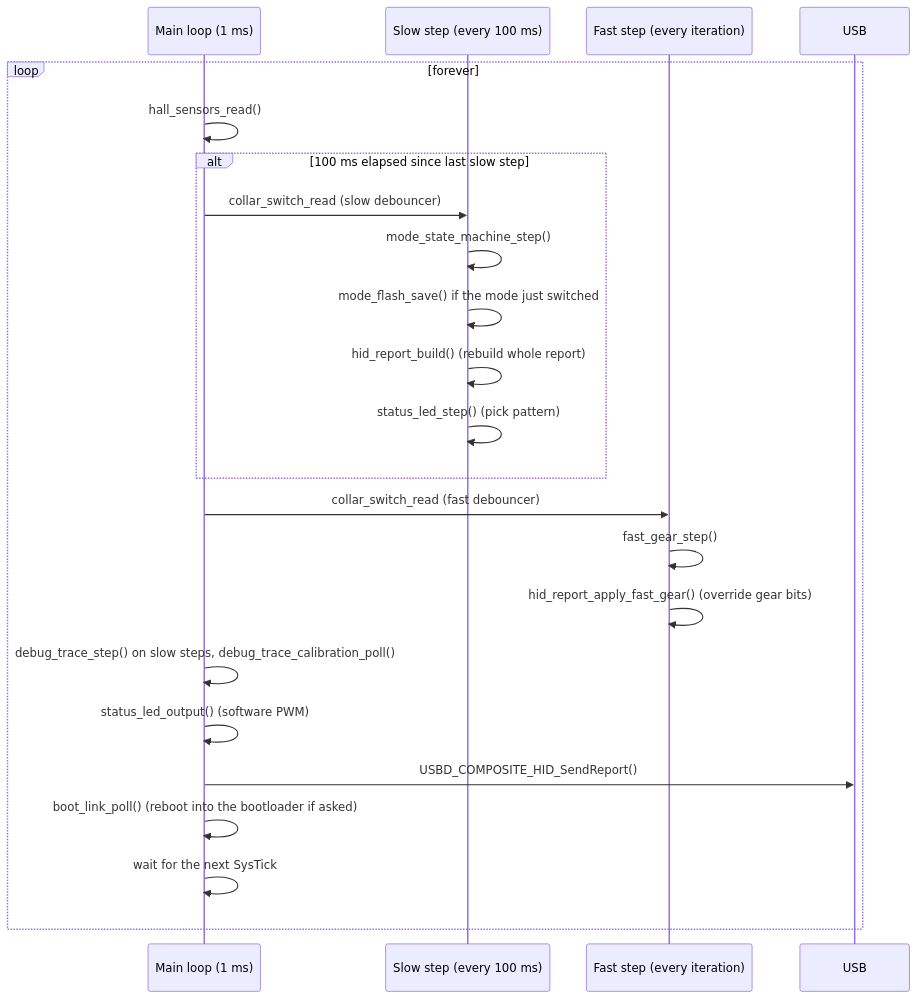
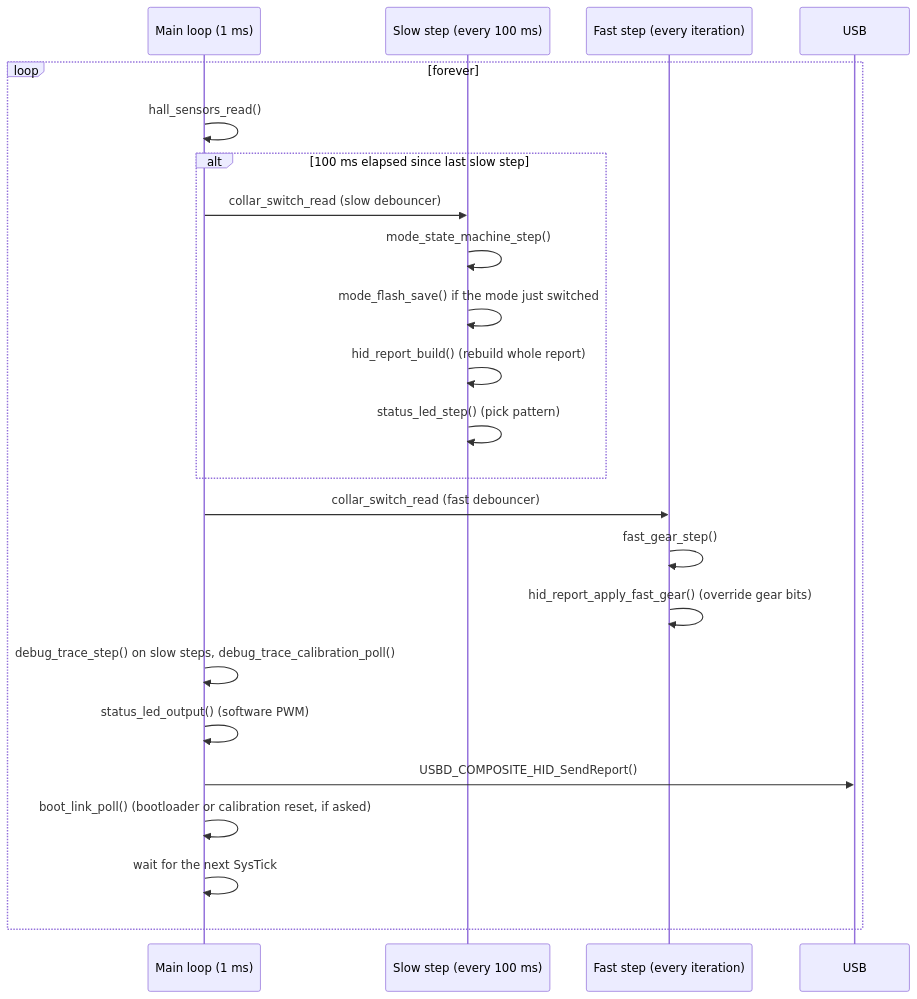
Before and after one commit to Klakinoumi/ShifterNoumi: the second of 2 diagrams in docs/architecture.md, drawn with Mermaid. The commit also changed other lines of this file and 19 other files, not shown here.

````diff
--- a/docs/architecture.md
+++ b/docs/architecture.md
@@ -123,26 +126,26 @@
 ```mermaid
 sequenceDiagram
     participant L as Main loop (1 ms)
     participant S as Slow step (every 100 ms)
     participant F as Fast step (every iteration)
     participant U as USB
 
     loop forever
         L->>L: hall_sensors_read()
         alt 100 ms elapsed since last slow step
             L->>S: collar_switch_read (slow debouncer)
             S->>S: mode_state_machine_step()
             S->>S: mode_flash_save() if the mode just switched
             S->>S: hid_report_build()  (rebuild whole report)
             S->>S: status_led_step()  (pick pattern)
         end
         L->>F: collar_switch_read (fast debouncer)
         F->>F: fast_gear_step()
         F->>F: hid_report_apply_fast_gear()  (override gear bits)
         L->>L: debug_trace_step() on slow steps, debug_trace_calibration_poll()
         L->>L: status_led_output()  (software PWM)
         L->>U: USBD_COMPOSITE_HID_SendReport()
-        L->>L: boot_link_poll()  (reboot into the bootloader if asked)
+        L->>L: boot_link_poll()  (bootloader or calibration reset, if asked)
         L->>L: wait for the next SysTick
     end
 ```
````
